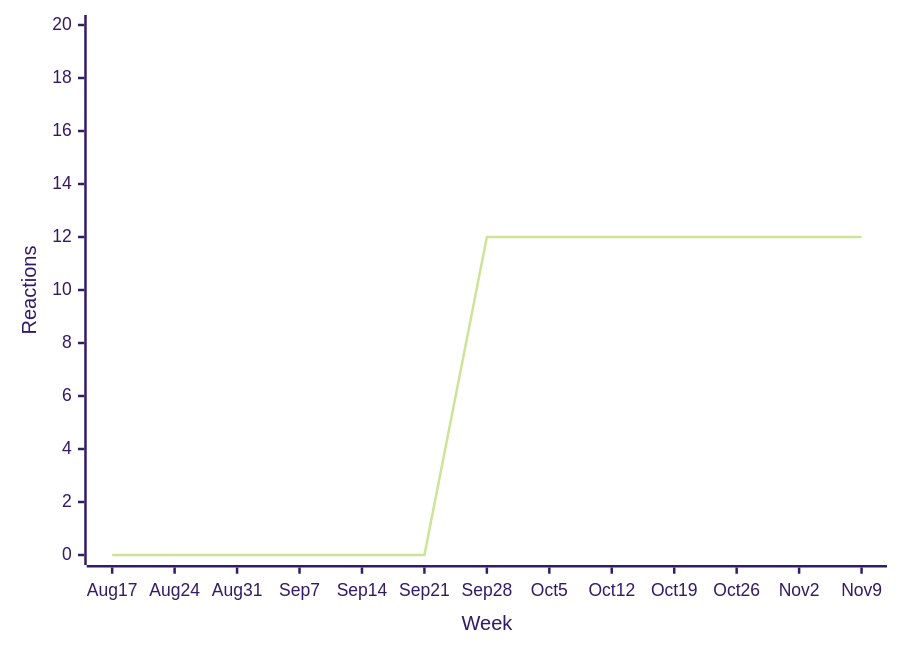
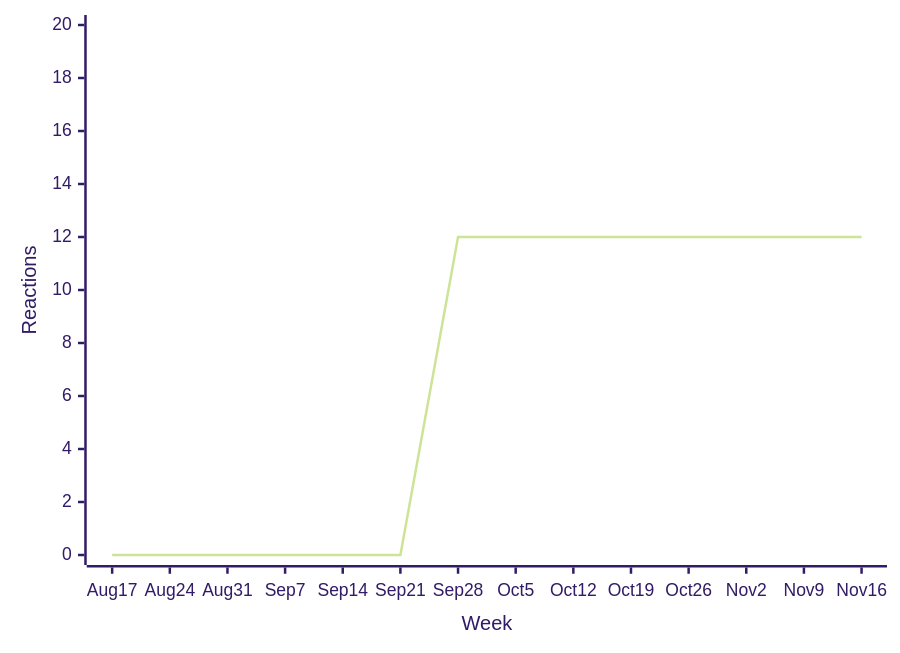
The tenth of 38 diagrams in README.md (loic-sharma/github-insights), drawn with Mermaid (forest theme) before and after one commit. The commit also changed other lines of this file and 3 other files, not shown here.

````diff
--- a/README.md
+++ b/README.md
@@ -477,6 +477,6 @@
   ```mermaid
   xychart-beta
-    x-axis "Week" [Aug 17, Aug 24, Aug 31, Sep 7, Sep 14, Sep 21, Sep 28, Oct 5, Oct 12, Oct 19, Oct 26, Nov 2, Nov 9]
+    x-axis "Week" [Aug 17, Aug 24, Aug 31, Sep 7, Sep 14, Sep 21, Sep 28, Oct 5, Oct 12, Oct 19, Oct 26, Nov 2, Nov 9, Nov 16]
     y-axis "Reactions" 0 --> 20
-    line [0, 0, 0, 0, 0, 0, 12, 12, 12, 12, 12, 12, 12]
+    line [0, 0, 0, 0, 0, 0, 12, 12, 12, 12, 12, 12, 12, 12]
   ```
````
